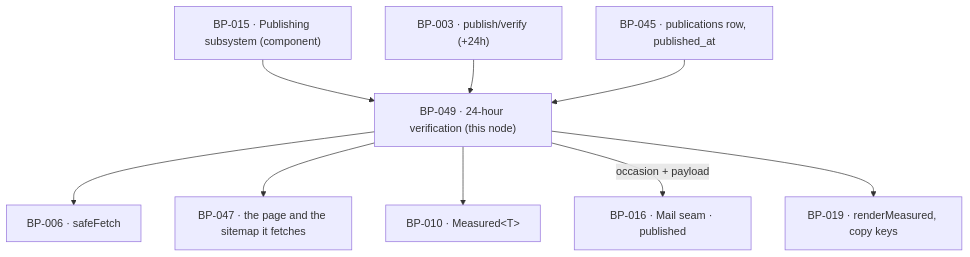
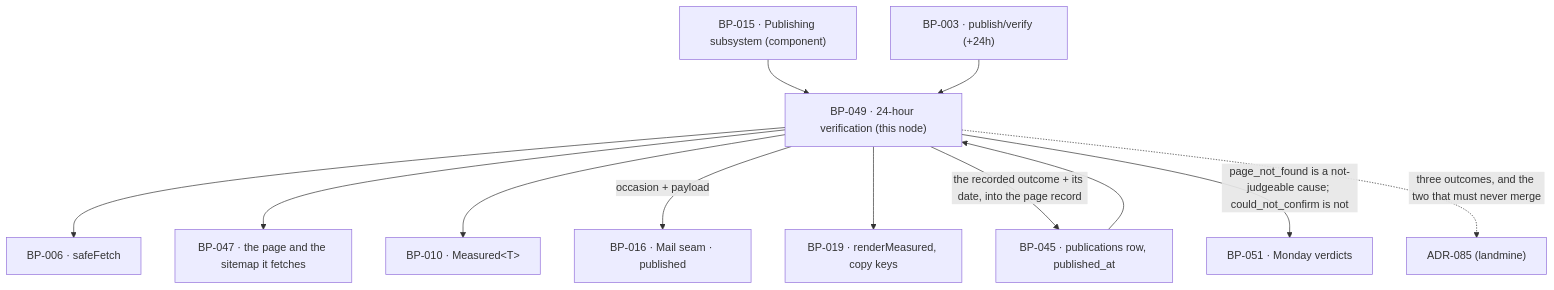
One commit to tim-clifford6991/reachkitv3 changed the diagram in sdlc-factory/docs/blueprints/BP-049.md. Above: the diagram before and after it, drawn with Mermaid. The commit also changed other lines of this file and 30 other files, not shown here.

First line of the commit message:
feat(blueprints): fold the publish-live rulings into the architecture

````diff
--- a/sdlc-factory/docs/blueprints/BP-049.md
+++ b/sdlc-factory/docs/blueprints/BP-049.md
@@ -44,12 +55,15 @@
 ```mermaid
 graph TD
   BP015["BP-015 · Publishing subsystem (component)"] --> BP049
   BP049["BP-049 · 24-hour verification (this node)"]
   BP003["BP-003 · publish/verify (+24h)"] --> BP049
   BP045["BP-045 · publications row, published_at"] --> BP049
   BP049 --> BP006["BP-006 · safeFetch"]
   BP049 --> BP047["BP-047 · the page and the sitemap it fetches"]
   BP049 --> BP010["BP-010 · Measured&lt;T&gt;"]
   BP049 -->|"occasion + payload"| BP016["BP-016 · Mail seam · published"]
   BP049 --> BP019["BP-019 · renderMeasured, copy keys"]
+  BP049 -->|"the recorded outcome + its date, into the page record"| BP045
+  BP049 -->|"page_not_found is a not-judgeable cause; could_not_confirm is not"| BP051["BP-051 · Monday verdicts"]
+  BP049 -.->|"three outcomes, and the two that must never merge"| ADR085["ADR-085 (landmine)"]
 ```
````
